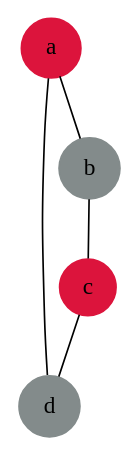
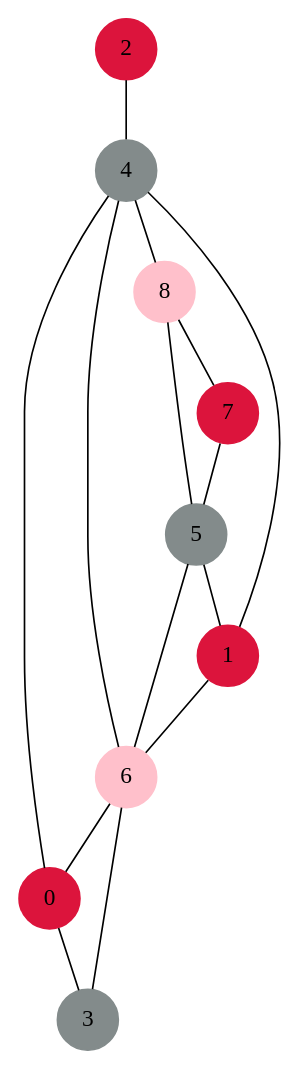
The diagram in grafo2.dot (zakoo20122/gceda), drawn with Graphviz before and after one commit. The commit also changed 6 other files, not shown here.

```diff
--- a/grafo2.dot
+++ b/grafo2.dot
@@ -1,11 +1,26 @@
 graph G { 
 graph [splines = true] node [height=0.4 shape=circle style=filled]
-d [ color= azure4] ;
-b [ color= azure4] ;
-c [ color= crimson] ;
-a [ color= crimson] ;
-b -- c;
-c -- d;
-a -- b;
-a -- d;
+3 [ color= azure4] ;
+2 [ color= crimson] ;
+1 [ color= crimson] ;
+0 [ color= crimson] ;
+7 [ color= crimson] ;
+6 [ color= pink] ;
+5 [ color= azure4] ;
+4 [ color= azure4] ;
+8 [ color= pink] ;
+2 -- 4;
+1 -- 6;
+0 -- 3;
+7 -- 5;
+6 -- 0;
+6 -- 3;
+5 -- 6;
+5 -- 1;
+4 -- 1;
+4 -- 6;
+4 -- 0;
+4 -- 8;
+8 -- 7;
+8 -- 5;
 }
```
